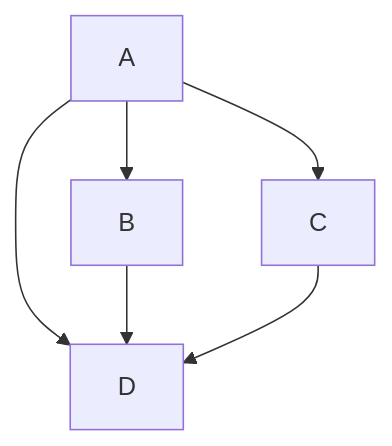
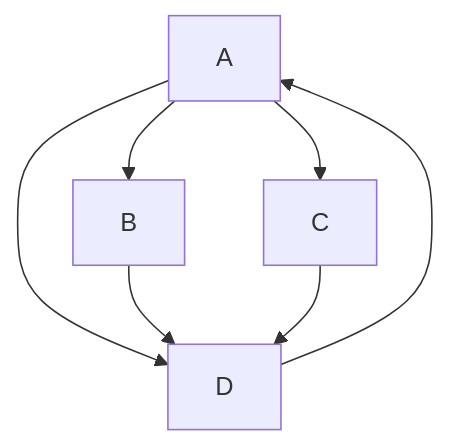
Before and after one commit to Dkumar-R/START-A-PROJECT-JAVASCRIPT: the diagram in README.md, drawn with Mermaid.

Commit message:
Update chart

````diff
--- a/README.md
+++ b/README.md
@@ -8,9 +8,10 @@
 ```mermaid
 graph TD;
     A-->B;
     A-->C;
-    A-->D;
+    A-->D
+    D-->A;
     B-->D;
     C-->D;
 
 ```
````
